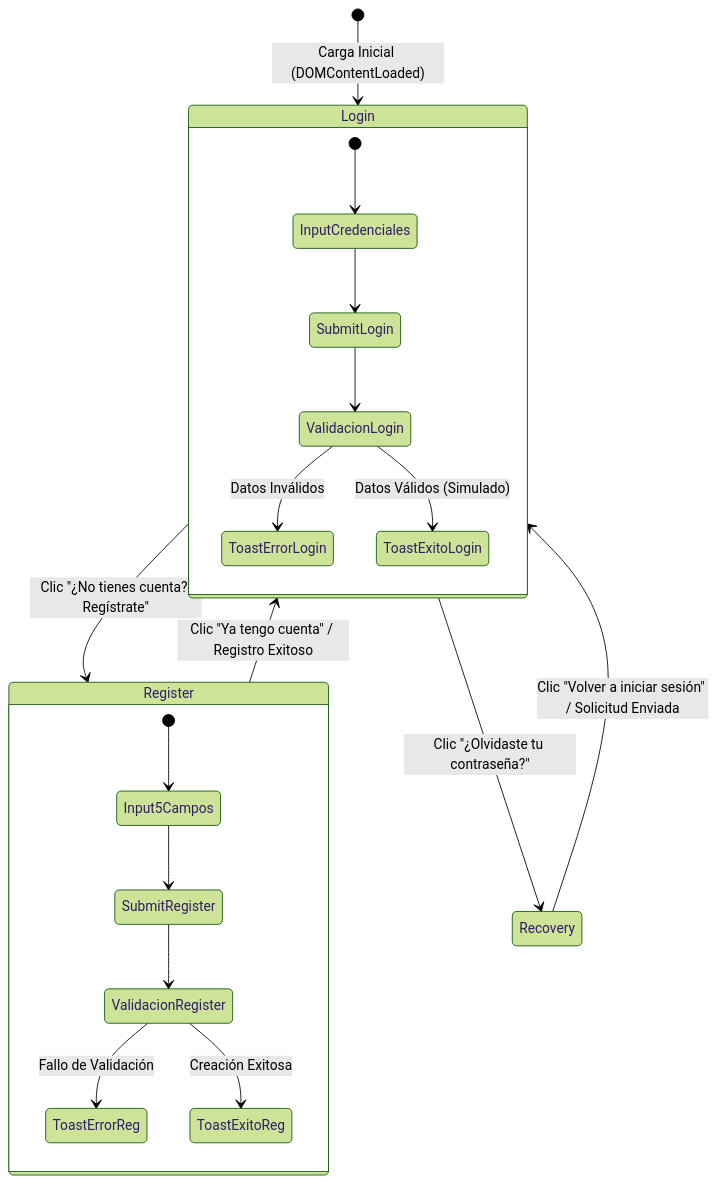
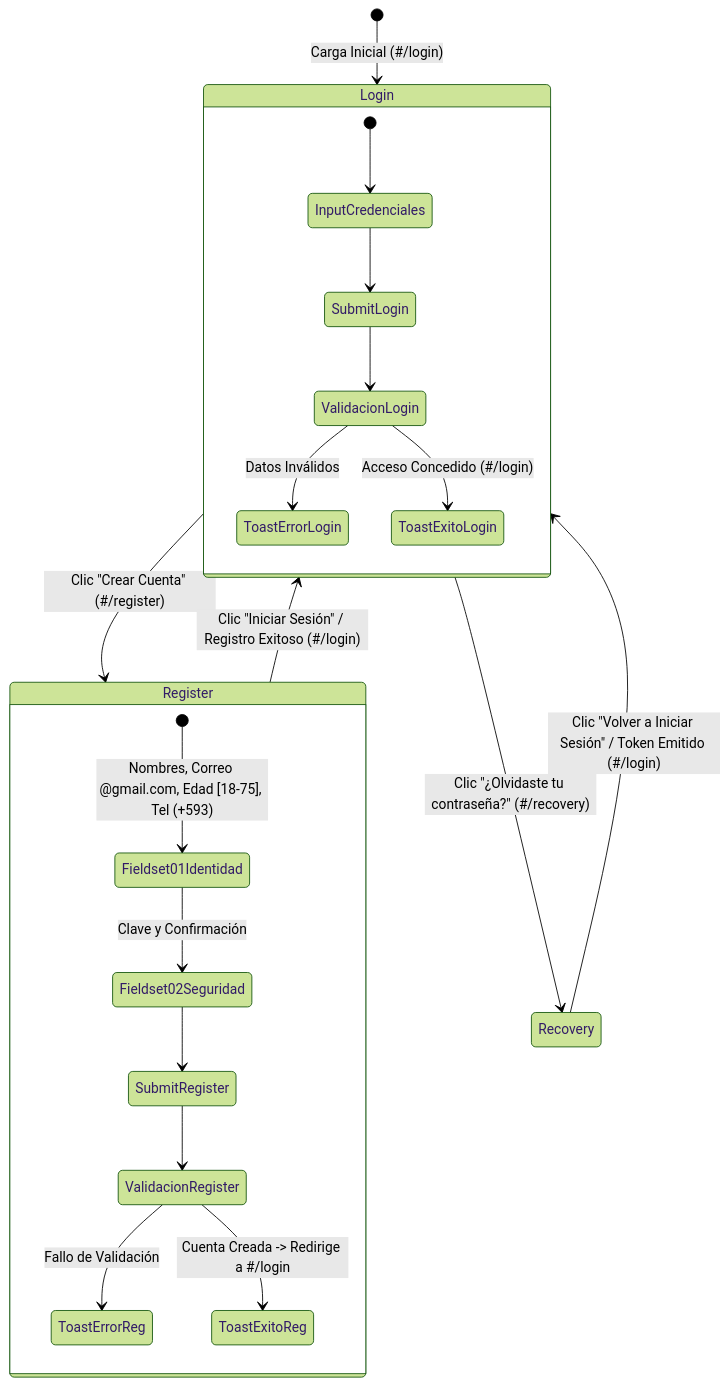
The second of 2 diagrams in README.md (JavicSoftCode-01/S4-TRABAJO-PR-CTICO-EXPERIMENTAL_1), drawn with Mermaid (forest theme) before and after one commit. The commit also changed other lines of this file and 8 other files, not shown here.

Commit message:
feat(spa): add dynamic hash routing, strict gmail validation, phone input lock, and age bounds

````diff
--- a/README.md
+++ b/README.md
@@ -60,26 +66,27 @@
 ```mermaid
 stateDiagram-v2
-    [*] --> Login: Carga Inicial (DOMContentLoaded)
+    [*] --> Login: Carga Inicial (#/login)
     
-    Login --> Register: Clic "¿No tienes cuenta? Regístrate"
-    Login --> Recovery: Clic "¿Olvidaste tu contraseña?"
+    Login --> Register: Clic "Crear Cuenta" (#/register)
+    Login --> Recovery: Clic "¿Olvidaste tu contraseña?" (#/recovery)
     
-    Register --> Login: Clic "Ya tengo cuenta" / Registro Exitoso
-    Recovery --> Login: Clic "Volver a iniciar sesión" / Solicitud Enviada
+    Register --> Login: Clic "Iniciar Sesión" / Registro Exitoso (#/login)
+    Recovery --> Login: Clic "Volver a Iniciar Sesión" / Token Emitido (#/login)
 
     state Login {
         [*] --> InputCredenciales
         InputCredenciales --> SubmitLogin
         SubmitLogin --> ValidacionLogin
         ValidacionLogin --> ToastErrorLogin: Datos Inválidos
-        ValidacionLogin --> ToastExitoLogin: Datos Válidos (Simulado)
+        ValidacionLogin --> ToastExitoLogin: Acceso Concedido (#/login)
     }
 
     state Register {
-        [*] --> Input5Campos
-        Input5Campos --> SubmitRegister
+        [*] --> Fieldset01Identidad: Nombres, Correo @gmail.com, Edad [18-75], Tel (+593)
+        Fieldset01Identidad --> Fieldset02Seguridad: Clave y Confirmación
+        Fieldset02Seguridad --> SubmitRegister
         SubmitRegister --> ValidacionRegister
         ValidacionRegister --> ToastErrorReg: Fallo de Validación
-        ValidacionRegister --> ToastExitoReg: Creación Exitosa
+        ValidacionRegister --> ToastExitoReg: Cuenta Creada -> Redirige a #/login
     }
 ```
````
